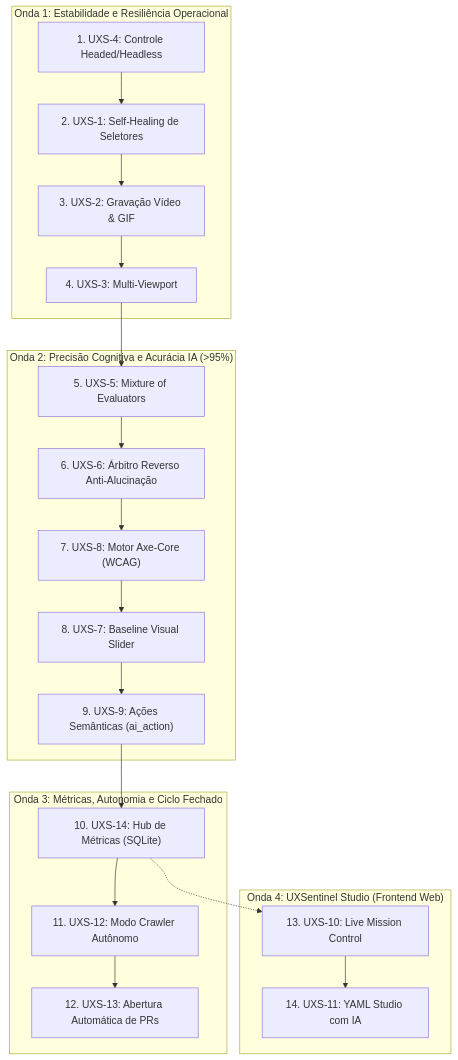
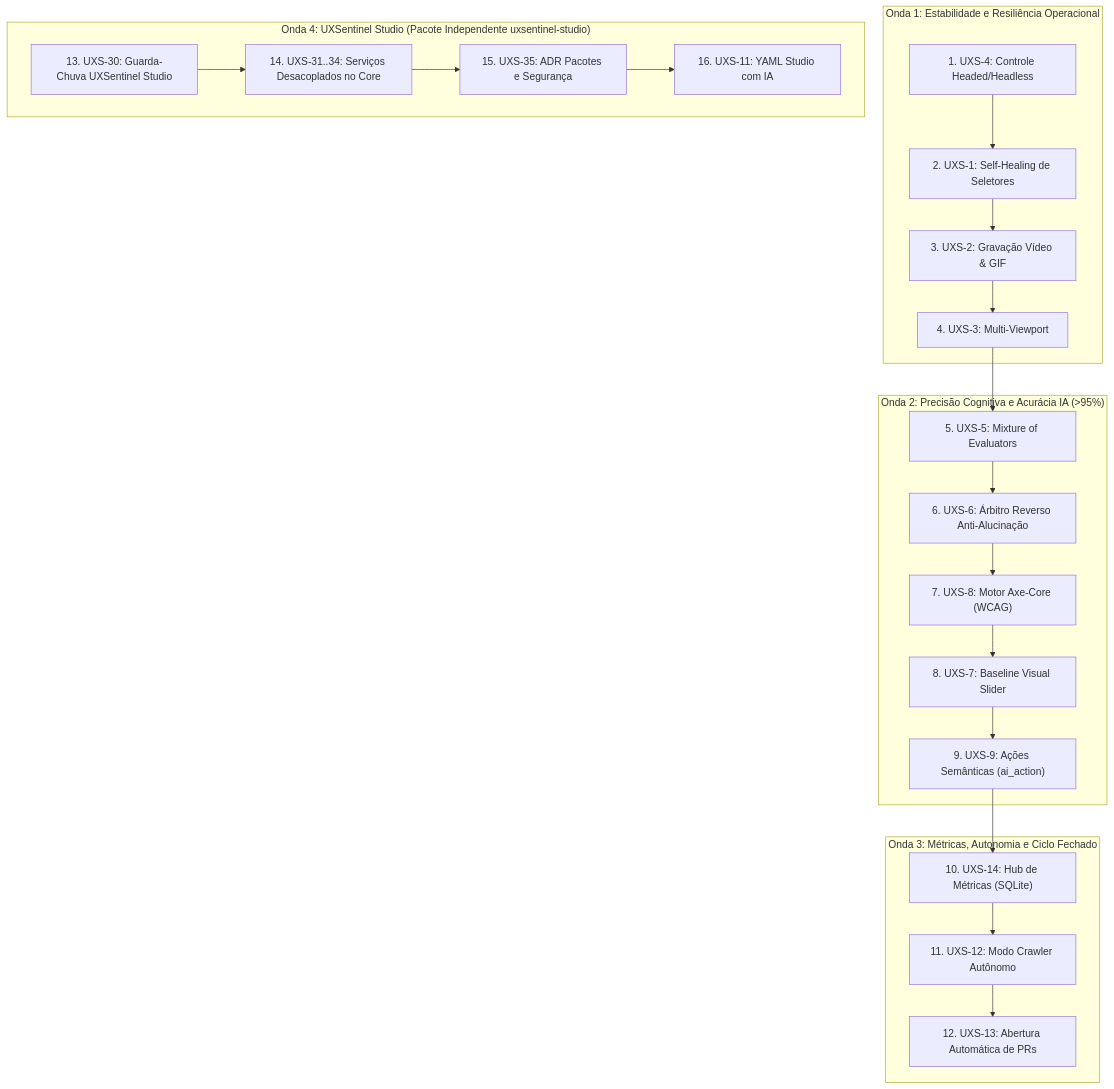
The diagram in docs/10_estado_atual_inventario_e_riscos.md (Defendi/UXSentinel), drawn with Mermaid before and after one commit. The commit also changed other lines of this file and 40 other files, not shown here.

Commit message:
feat(studio): implementa UXSentinel Studio completo com SPA, API REST, SSE, auditoria CSS e manual em PDF

````diff
--- a/docs/10_estado_atual_inventario_e_riscos.md
+++ b/docs/10_estado_atual_inventario_e_riscos.md
@@ -88,27 +88,29 @@
 ```mermaid
 flowchart TD
     subgraph Onda1["Onda 1: Estabilidade e Resiliência Operacional"]
         UXS4["1. UXS-4: Controle Headed/Headless"] --> UXS1["2. UXS-1: Self-Healing de Seletores"]
         UXS1 --> UXS2["3. UXS-2: Gravação Vídeo & GIF"]
         UXS2 --> UXS3["4. UXS-3: Multi-Viewport"]
     end
 
     subgraph Onda2["Onda 2: Precisão Cognitiva e Acurácia IA (>95%)"]
         UXS3 --> UXS5["5. UXS-5: Mixture of Evaluators"]
         UXS5 --> UXS6["6. UXS-6: Árbitro Reverso Anti-Alucinação"]
         UXS6 --> UXS8["7. UXS-8: Motor Axe-Core (WCAG)"]
         UXS8 --> UXS7["8. UXS-7: Baseline Visual Slider"]
         UXS7 --> UXS9["9. UXS-9: Ações Semânticas (ai_action)"]
     end
 
     subgraph Onda3["Onda 3: Métricas, Autonomia e Ciclo Fechado"]
         UXS9 --> UXS14["10. UXS-14: Hub de Métricas (SQLite)"]
         UXS14 --> UXS12["11. UXS-12: Modo Crawler Autônomo"]
         UXS12 --> UXS13["12. UXS-13: Abertura Automática de PRs"]
     end
 
-    subgraph Onda4["Onda 4: UXSentinel Studio (Frontend Web)"]
-        UXS14 -.-> UXS10["13. UXS-10: Live Mission Control"]
-        UXS10 --> UXS11["14. UXS-11: YAML Studio com IA"]
+    subgraph Onda4["Onda 4: UXSentinel Studio (Pacote Independente uxsentinel-studio)"]
+        UXS30["13. UXS-30: Guarda-Chuva UXSentinel Studio"]
+        UXS30 --> UXS31["14. UXS-31..34: Serviços Desacoplados no Core"]
+        UXS31 --> UXS35["15. UXS-35: ADR Pacotes e Segurança"]
+        UXS35 --> UXS11["16. UXS-11: YAML Studio com IA"]
     end
 ```
````
